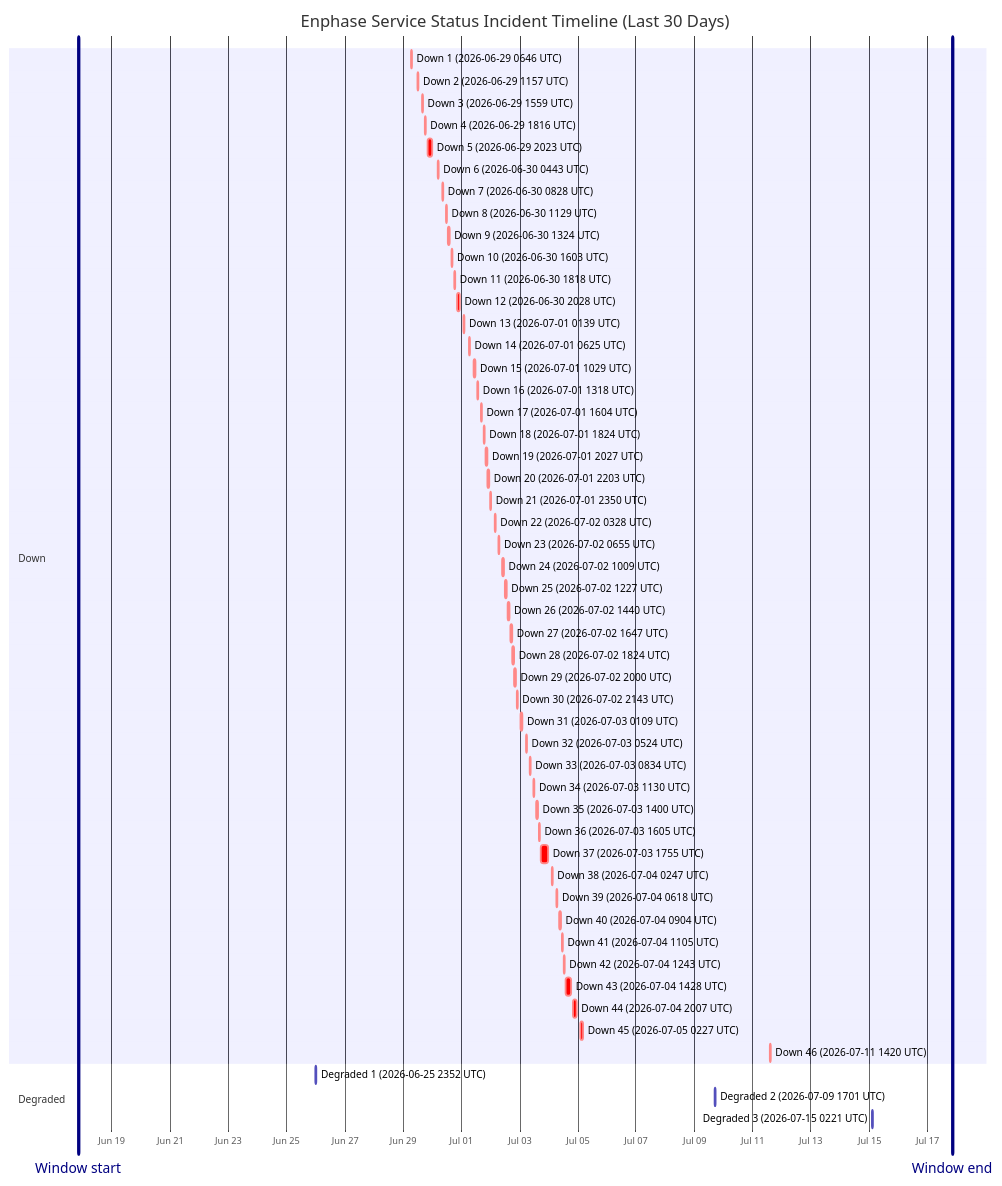
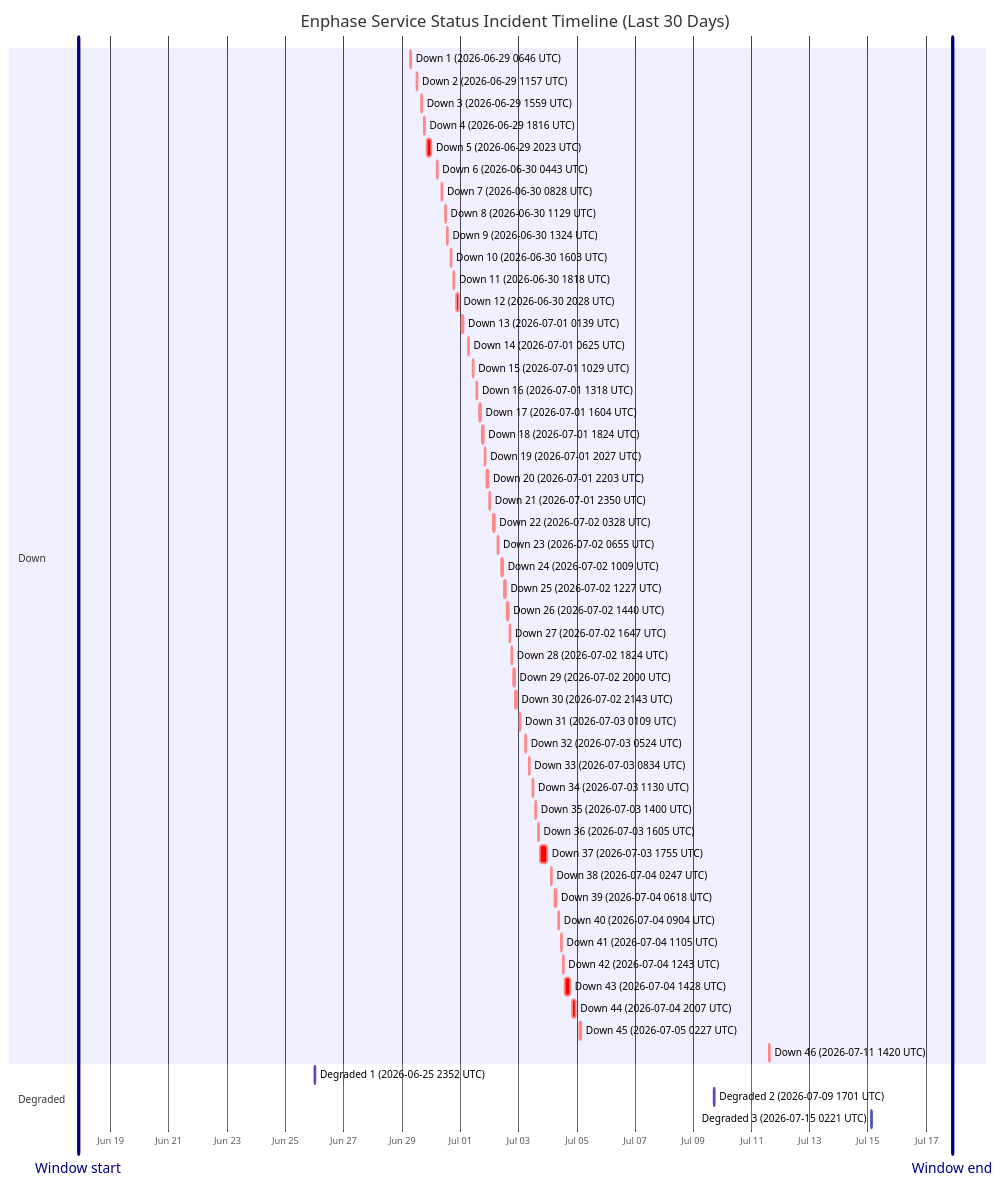
One commit to barneyonline/ha-enphase-energy changed the diagram in wiki/Service-Status-History.md. Above: the diagram before and after it, drawn with Mermaid. The commit also changed other lines of this file and 3 other files, not shown here.

````diff
--- a/wiki/Service-Status-History.md
+++ b/wiki/Service-Status-History.md
@@ -14,59 +14,59 @@
 ```mermaid
 gantt
     title Enphase Service Status Incident Timeline (Last 30 Days)
     dateFormat  YYYY-MM-DDTHH:mm:ss
     axisFormat  %b %d
-    Window start :vert, window-start, 2026-06-17T20:26:37, 0ms
-    Window end :vert, window-end, 2026-07-17T20:26:37, 0ms
+    Window start :vert, window-start, 2026-06-17T21:21:25, 0ms
+    Window end :vert, window-end, 2026-07-17T21:21:25, 0ms
     section Down
     Down 1 (2026-06-29 0646 UTC) :crit, down-1, 2026-06-29T06:46:18, 60m
     Down 2 (2026-06-29 1157 UTC) :crit, down-2, 2026-06-29T11:57:36, 60m
     Down 3 (2026-06-29 1559 UTC) :crit, down-3, 2026-06-29T15:59:02, 60m
     Down 4 (2026-06-29 1816 UTC) :crit, down-4, 2026-06-29T18:16:38, 60m
     Down 5 (2026-06-29 2023 UTC) :crit, down-5, 2026-06-29T20:23:16, 220m
     Down 6 (2026-06-30 0443 UTC) :crit, down-6, 2026-06-30T04:43:54, 60m
     Down 7 (2026-06-30 0828 UTC) :crit, down-7, 2026-06-30T08:28:43, 60m
     Down 8 (2026-06-30 1129 UTC) :crit, down-8, 2026-06-30T11:29:15, 60m
     Down 9 (2026-06-30 1324 UTC) :crit, down-9, 2026-06-30T13:24:25, 60m
     Down 10 (2026-06-30 1603 UTC) :crit, down-10, 2026-06-30T16:03:26, 60m
     Down 11 (2026-06-30 1818 UTC) :crit, down-11, 2026-06-30T18:18:39, 60m
     Down 12 (2026-06-30 2028 UTC) :crit, down-12, 2026-06-30T20:28:54, 171m
     Down 13 (2026-07-01 0139 UTC) :crit, down-13, 2026-07-01T01:39:18, 60m
     Down 14 (2026-07-01 0625 UTC) :crit, down-14, 2026-07-01T06:25:35, 60m
     Down 15 (2026-07-01 1029 UTC) :crit, down-15, 2026-07-01T10:29:24, 60m
     Down 16 (2026-07-01 1318 UTC) :crit, down-16, 2026-07-01T13:18:31, 60m
     Down 17 (2026-07-01 1604 UTC) :crit, down-17, 2026-07-01T16:04:29, 60m
     Down 18 (2026-07-01 1824 UTC) :crit, down-18, 2026-07-01T18:24:21, 60m
     Down 19 (2026-07-01 2027 UTC) :crit, down-19, 2026-07-01T20:27:17, 60m
     Down 20 (2026-07-01 2203 UTC) :crit, down-20, 2026-07-01T22:03:46, 60m
     Down 21 (2026-07-01 2350 UTC) :crit, down-21, 2026-07-01T23:50:52, 60m
     Down 22 (2026-07-02 0328 UTC) :crit, down-22, 2026-07-02T03:28:33, 60m
     Down 23 (2026-07-02 0655 UTC) :crit, down-23, 2026-07-02T06:55:07, 60m
     Down 24 (2026-07-02 1009 UTC) :crit, down-24, 2026-07-02T10:09:15, 60m
     Down 25 (2026-07-02 1227 UTC) :crit, down-25, 2026-07-02T12:27:49, 60m
     Down 26 (2026-07-02 1440 UTC) :crit, down-26, 2026-07-02T14:40:53, 60m
     Down 27 (2026-07-02 1647 UTC) :crit, down-27, 2026-07-02T16:47:47, 60m
     Down 28 (2026-07-02 1824 UTC) :crit, down-28, 2026-07-02T18:24:26, 60m
     Down 29 (2026-07-02 2000 UTC) :crit, down-29, 2026-07-02T20:00:57, 60m
     Down 30 (2026-07-02 2143 UTC) :crit, down-30, 2026-07-02T21:43:52, 80m
     Down 31 (2026-07-03 0109 UTC) :crit, down-31, 2026-07-03T01:09:19, 60m
     Down 32 (2026-07-03 0524 UTC) :crit, down-32, 2026-07-03T05:24:23, 60m
     Down 33 (2026-07-03 0834 UTC) :crit, down-33, 2026-07-03T08:34:05, 60m
     Down 34 (2026-07-03 1130 UTC) :crit, down-34, 2026-07-03T11:30:41, 60m
     Down 35 (2026-07-03 1400 UTC) :crit, down-35, 2026-07-03T14:00:48, 60m
     Down 36 (2026-07-03 1605 UTC) :crit, down-36, 2026-07-03T16:05:49, 60m
     Down 37 (2026-07-03 1755 UTC) :crit, down-37, 2026-07-03T17:55:54, 338m
     Down 38 (2026-07-04 0247 UTC) :crit, down-38, 2026-07-04T02:47:22, 60m
     Down 39 (2026-07-04 0618 UTC) :crit, down-39, 2026-07-04T06:18:09, 60m
     Down 40 (2026-07-04 0904 UTC) :crit, down-40, 2026-07-04T09:04:41, 60m
     Down 41 (2026-07-04 1105 UTC) :crit, down-41, 2026-07-04T11:05:21, 60m
     Down 42 (2026-07-04 1243 UTC) :crit, down-42, 2026-07-04T12:43:25, 60m
     Down 43 (2026-07-04 1428 UTC) :crit, down-43, 2026-07-04T14:28:07, 243m
     Down 44 (2026-07-04 2007 UTC) :crit, down-44, 2026-07-04T20:07:50, 206m
     Down 45 (2026-07-05 0227 UTC) :crit, down-45, 2026-07-05T02:27:32, 109m
     Down 46 (2026-07-11 1420 UTC) :crit, down-46, 2026-07-11T14:20:54, 69m
     section Degraded
     Degraded 1 (2026-06-25 2352 UTC) :active, degraded-1, 2026-06-25T23:52:01, 60m
     Degraded 2 (2026-07-09 1701 UTC) :active, degraded-2, 2026-07-09T17:01:02, 60m
     Degraded 3 (2026-07-15 0221 UTC) :active, degraded-3, 2026-07-15T02:21:35, 60m
 ```
````
